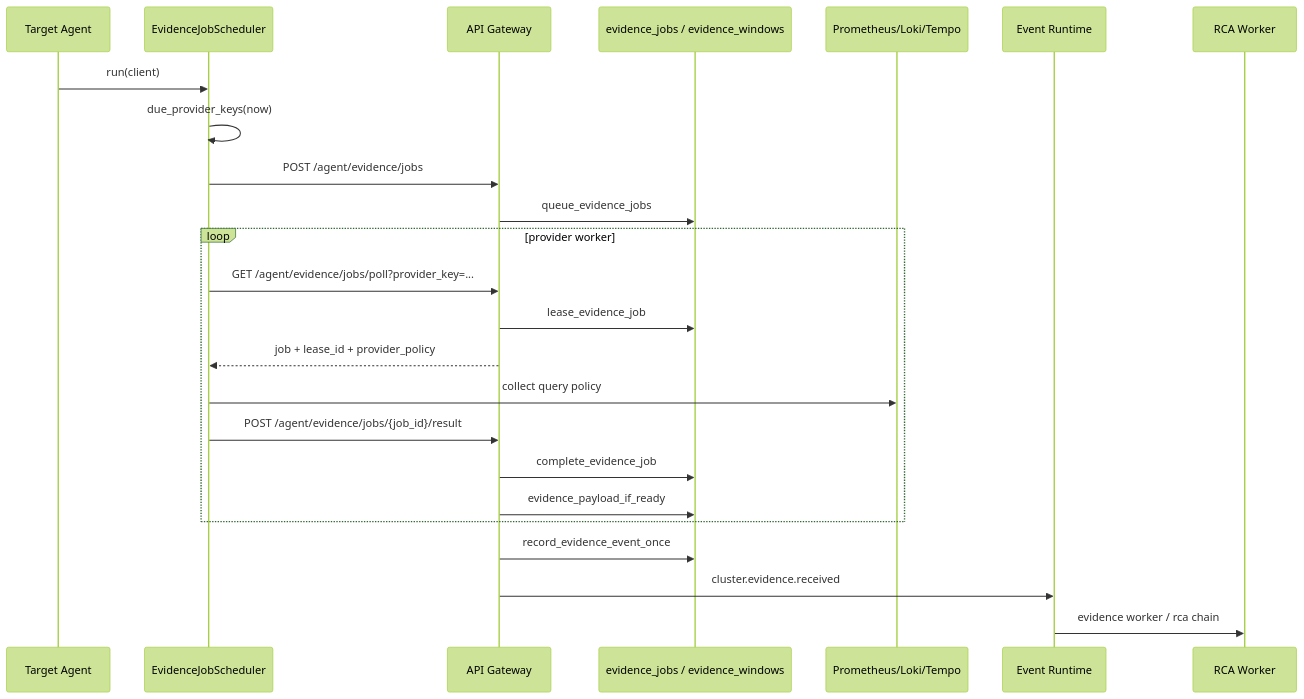
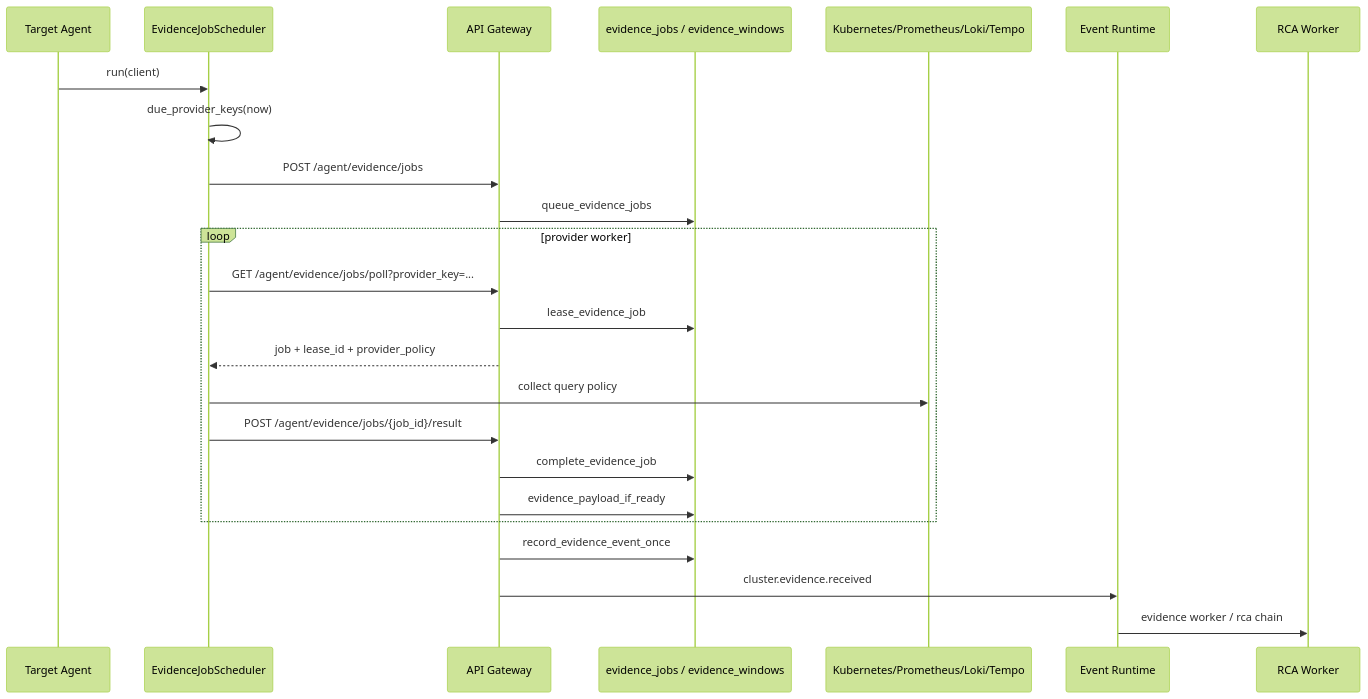
Before and after one commit to Jungle-303-04/final: the second of 2 diagrams in docs/team/member-guides/target-agent-command-evidence-flow.md, drawn with Mermaid (forest theme). The commit also changed other lines of this file and 49 other files, not shown here.

````diff
--- a/docs/team/member-guides/target-agent-command-evidence-flow.md
+++ b/docs/team/member-guides/target-agent-command-evidence-flow.md
@@ -433,27 +498,27 @@
 ```mermaid
 sequenceDiagram
     participant Agent as Target Agent
     participant Scheduler as EvidenceJobScheduler
     participant Gateway as API Gateway
     participant DB as evidence_jobs / evidence_windows
-    participant Provider as Prometheus/Loki/Tempo
+    participant Provider as Kubernetes/Prometheus/Loki/Tempo
     participant Bus as Event Runtime
     participant RCA as RCA Worker
 
     Agent->>Scheduler: run(client)
     Scheduler->>Scheduler: due_provider_keys(now)
     Scheduler->>Gateway: POST /agent/evidence/jobs
     Gateway->>DB: queue_evidence_jobs
     loop provider worker
         Scheduler->>Gateway: GET /agent/evidence/jobs/poll?provider_key=...
         Gateway->>DB: lease_evidence_job
         Gateway-->>Scheduler: job + lease_id + provider_policy
         Scheduler->>Provider: collect query policy
         Scheduler->>Gateway: POST /agent/evidence/jobs/{job_id}/result
         Gateway->>DB: complete_evidence_job
         Gateway->>DB: evidence_payload_if_ready
     end
     Gateway->>DB: record_evidence_event_once
     Gateway->>Bus: cluster.evidence.received
     Bus->>RCA: evidence worker / rca chain
 ```
````
